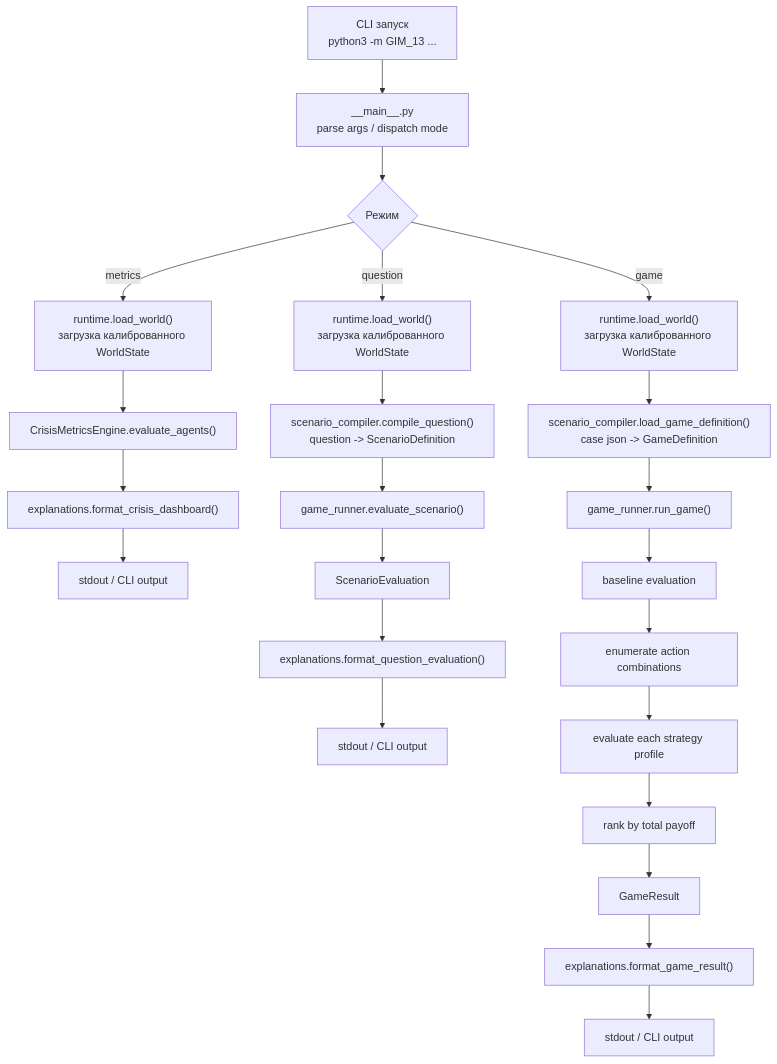
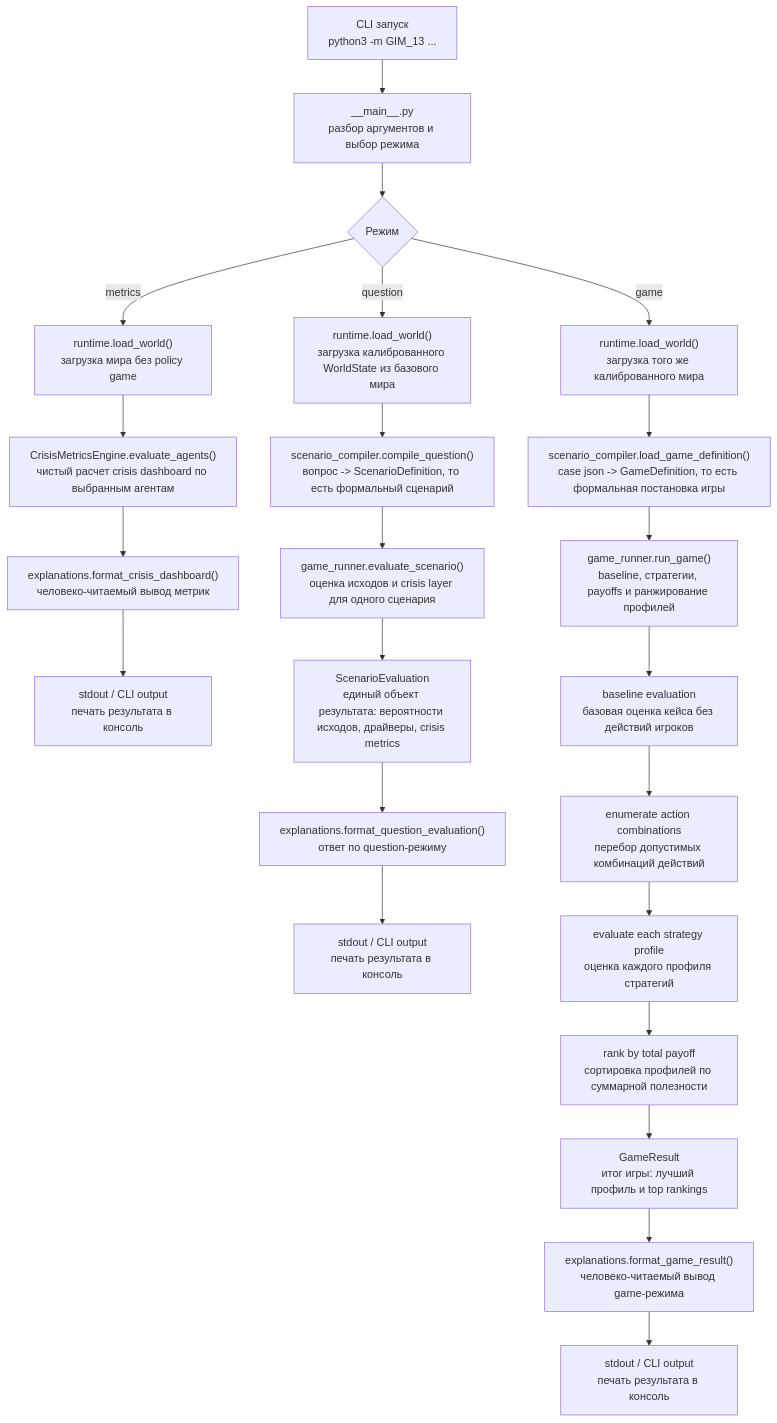
One commit to Theclimateguy/GIM changed the second of 4 diagrams in GIM13_simulation_flow.md. Above: the diagram before and after it, drawn with Mermaid. The commit also changed other lines of this file, not shown here.

Commit message:
Expand GIM13 simulation flow documentation

````diff
--- a/GIM13_simulation_flow.md
+++ b/GIM13_simulation_flow.md
@@ -7,30 +49,30 @@
 ```mermaid
 flowchart TD
-    A["CLI запуск<br/>python3 -m GIM_13 ..."] --> B["__main__.py<br/>parse args / dispatch mode"]
+    A["CLI запуск<br/>python3 -m GIM_13 ..."] --> B["__main__.py<br/>разбор аргументов и выбор режима"]
     B --> C{"Режим"}
 
-    C -->|question| D["runtime.load_world()<br/>загрузка калиброванного WorldState"]
-    D --> E["scenario_compiler.compile_question()<br/>question -> ScenarioDefinition"]
-    E --> F["game_runner.evaluate_scenario()"]
+    C -->|question| D["runtime.load_world()<br/>загрузка калиброванного WorldState из базового мира"]
+    D --> E["scenario_compiler.compile_question()<br/>вопрос -> ScenarioDefinition, то есть формальный сценарий"]
+    E --> F["game_runner.evaluate_scenario()<br/>оценка исходов и crisis layer для одного сценария"]
 
-    C -->|game| G["runtime.load_world()<br/>загрузка калиброванного WorldState"]
-    G --> H["scenario_compiler.load_game_definition()<br/>case json -> GameDefinition"]
-    H --> I["game_runner.run_game()"]
+    C -->|game| G["runtime.load_world()<br/>загрузка того же калиброванного мира"]
+    G --> H["scenario_compiler.load_game_definition()<br/>case json -> GameDefinition, то есть формальная постановка игры"]
+    H --> I["game_runner.run_game()<br/>baseline, стратегии, payoffs и ранжирование профилей"]
 
-    C -->|metrics| J["runtime.load_world()<br/>загрузка калиброванного WorldState"]
-    J --> K["CrisisMetricsEngine.evaluate_agents()"]
-    K --> L["explanations.format_crisis_dashboard()"]
-    L --> M["stdout / CLI output"]
+    C -->|metrics| J["runtime.load_world()<br/>загрузка мира без policy game"]
+    J --> K["CrisisMetricsEngine.evaluate_agents()<br/>чистый расчет crisis dashboard по выбранным агентам"]
+    K --> L["explanations.format_crisis_dashboard()<br/>человеко-читаемый вывод метрик"]
+    L --> M["stdout / CLI output<br/>печать результата в консоль"]
 
-    F --> N["ScenarioEvaluation"]
-    N --> O["explanations.format_question_evaluation()"]
-    O --> P["stdout / CLI output"]
+    F --> N["ScenarioEvaluation<br/>единый объект результата: вероятности исходов, драйверы, crisis metrics"]
+    N --> O["explanations.format_question_evaluation()<br/>ответ по question-режиму"]
+    O --> P["stdout / CLI output<br/>печать результата в консоль"]
 
-    I --> Q["baseline evaluation"]
-    Q --> R["enumerate action combinations"]
-    R --> S["evaluate each strategy profile"]
-    S --> T["rank by total payoff"]
-    T --> U["GameResult"]
-    U --> V["explanations.format_game_result()"]
-    V --> W["stdout / CLI output"]
+    I --> Q["baseline evaluation<br/>базовая оценка кейса без действий игроков"]
+    Q --> R["enumerate action combinations<br/>перебор допустимых комбинаций действий"]
+    R --> S["evaluate each strategy profile<br/>оценка каждого профиля стратегий"]
+    S --> T["rank by total payoff<br/>сортировка профилей по суммарной полезности"]
+    T --> U["GameResult<br/>итог игры: лучший профиль и top rankings"]
+    U --> V["explanations.format_game_result()<br/>человеко-читаемый вывод game-режима"]
+    V --> W["stdout / CLI output<br/>печать результата в консоль"]
 ```
````
